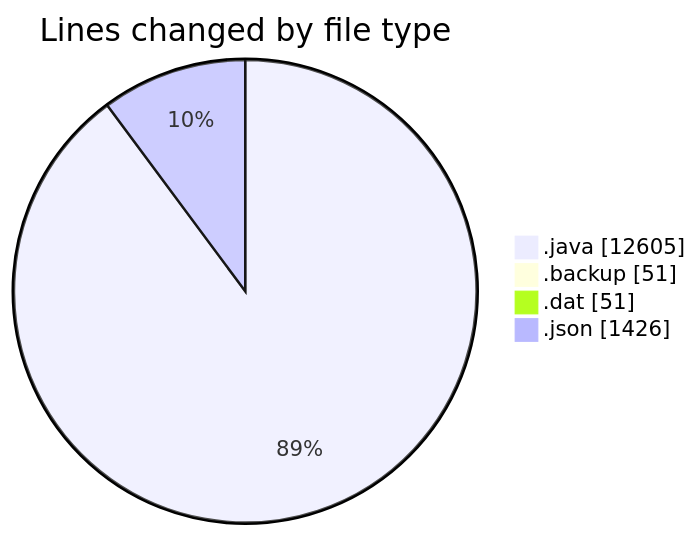
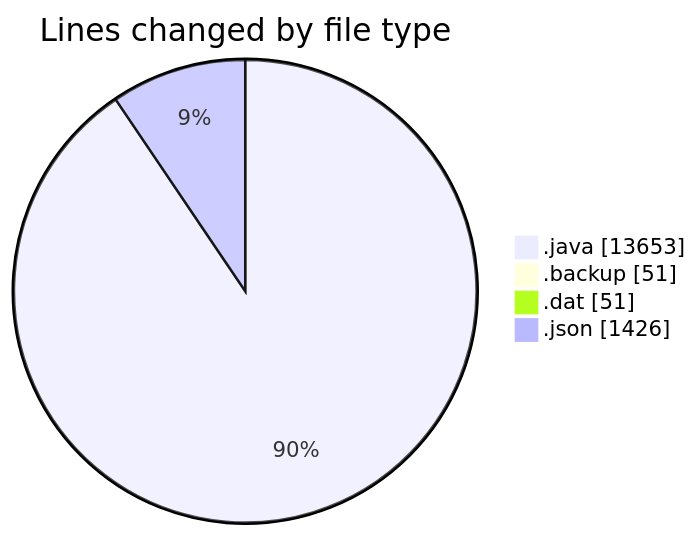
The first of 2 diagrams in 2026-11-19/cilapp/README.md (ricardozamudiocil/code-tracking), drawn with Mermaid before and after one commit. The commit also changed other lines of this file and 1 other file, not shown here.

````diff
--- a/2026-11-19/cilapp/README.md
+++ b/2026-11-19/cilapp/README.md
@@ -24,8 +25,8 @@
 ```mermaid
 pie showData
 title Lines changed by file type
-".java" : 12605
+".java" : 13653
 ".backup" : 51
 ".dat" : 51
 ".json" : 1426
 ```
````
